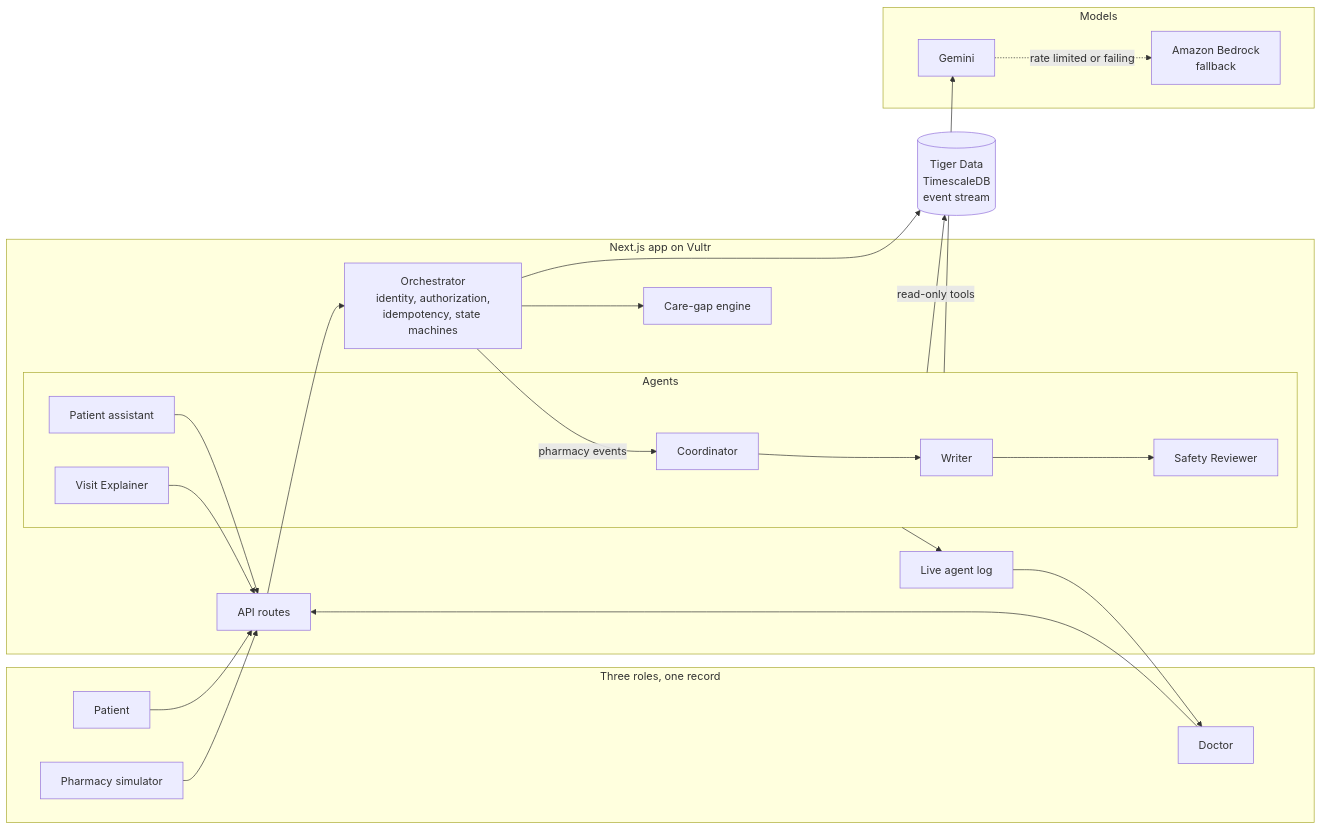
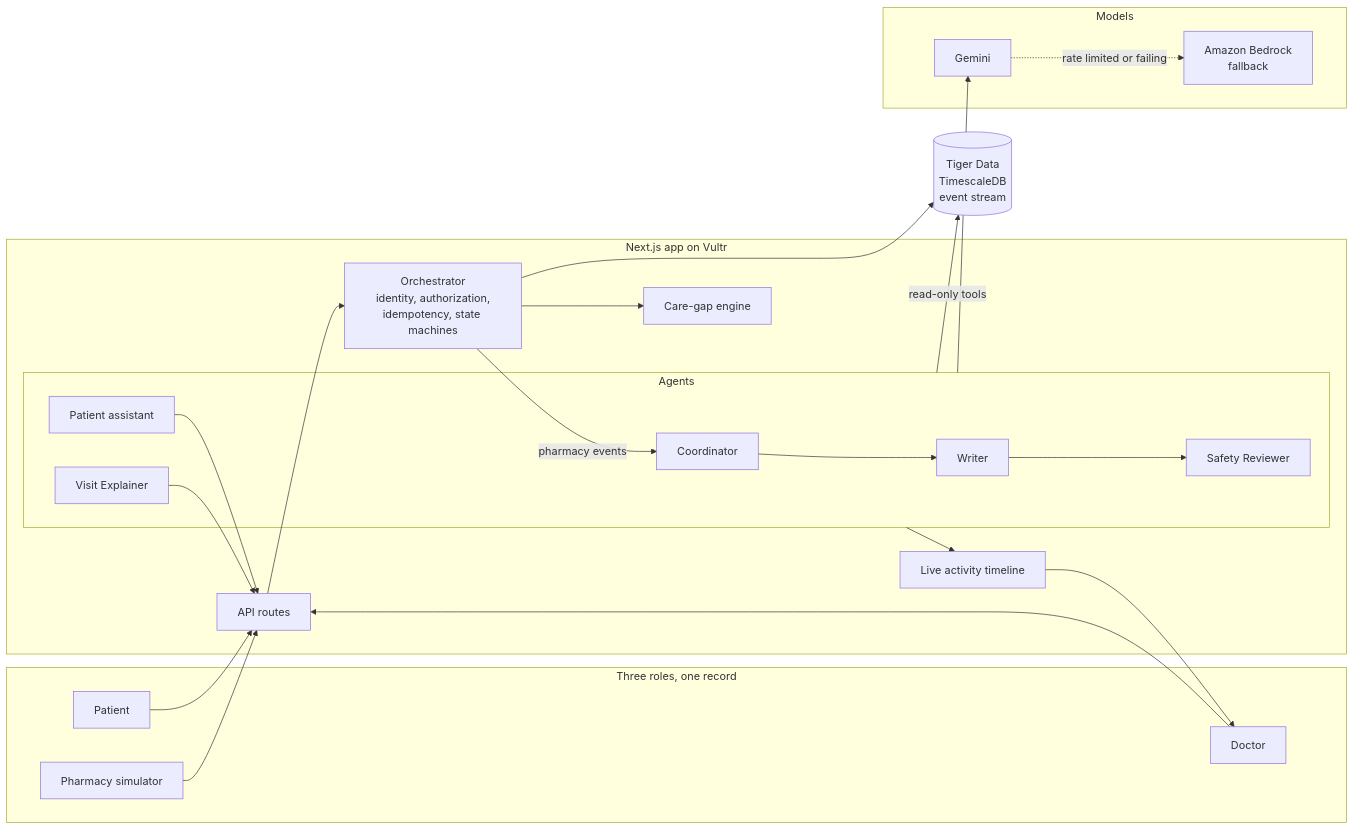
The second of 2 diagrams in README.md (VedantKhairnar/careos), drawn with Mermaid before and after one commit. The commit also changed other lines of this file and 4 other files, not shown here.

Commit message:
docs: README describes the activity timeline; refresh the demo and safety GIFs and screenshots

````diff
--- a/README.md
+++ b/README.md
@@ -152,45 +152,45 @@
 ```mermaid
 flowchart LR
     subgraph Browsers["Three roles, one record"]
         PT["Patient"]
         DR["Doctor"]
         PH["Pharmacy simulator"]
     end
 
     subgraph App["Next.js app on Vultr"]
         API["API routes"]
         ORCH["Orchestrator<br/>identity, authorization,<br/>idempotency, state machines"]
         GAP["Care-gap engine"]
         subgraph Agents["Agents"]
             COORD["Coordinator"]
             WR["Writer"]
             REV["Safety Reviewer"]
             PA["Patient assistant"]
             EX["Visit Explainer"]
         end
-        LOG["Live agent log"]
+        LOG["Live activity timeline"]
     end
 
     subgraph Models["Models"]
         GEM["Gemini"]
         BED["Amazon Bedrock<br/>fallback"]
     end
 
     DB[("Tiger Data<br/>TimescaleDB<br/>event stream")]
 
     PT --> API
     DR --> API
     PH --> API
     API --> ORCH
     ORCH --> DB
     ORCH --> GAP
     ORCH -- "pharmacy events" --> COORD
     COORD --> WR --> REV
     PA --> API
     EX --> API
     Agents -- "read-only tools" --> DB
     Agents --> GEM
     GEM -. "rate limited or failing" .-> BED
     Agents --> LOG
     LOG --> DR
 ```
````
